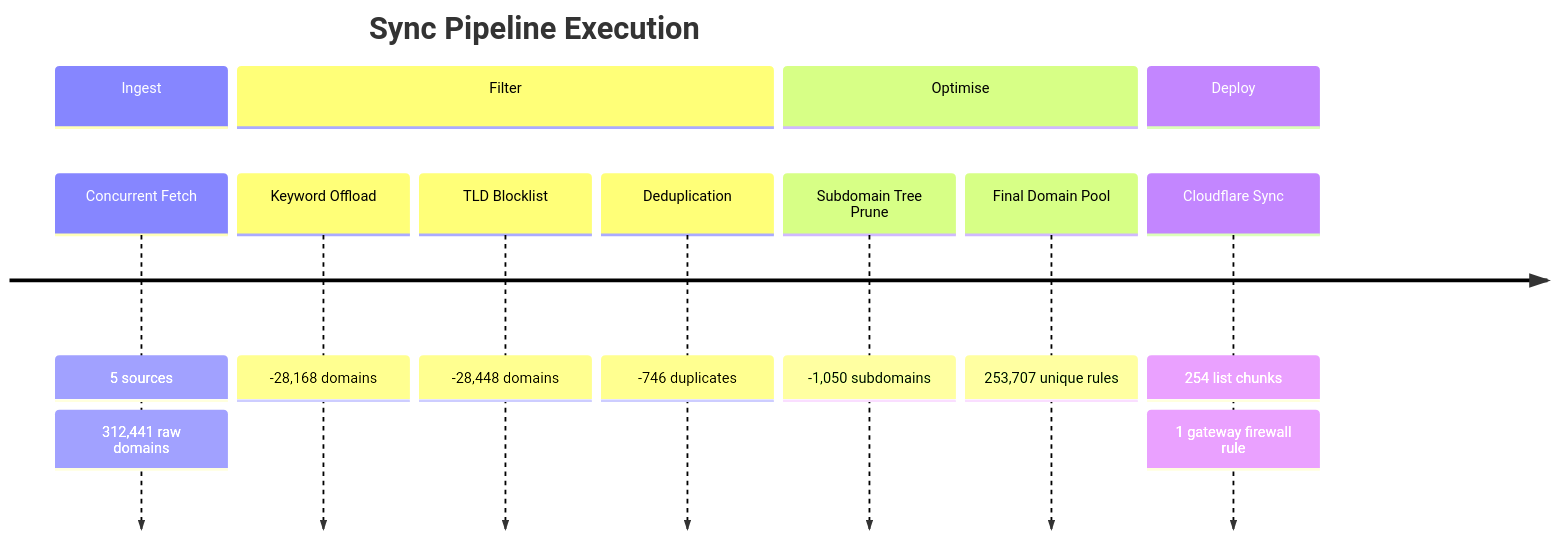
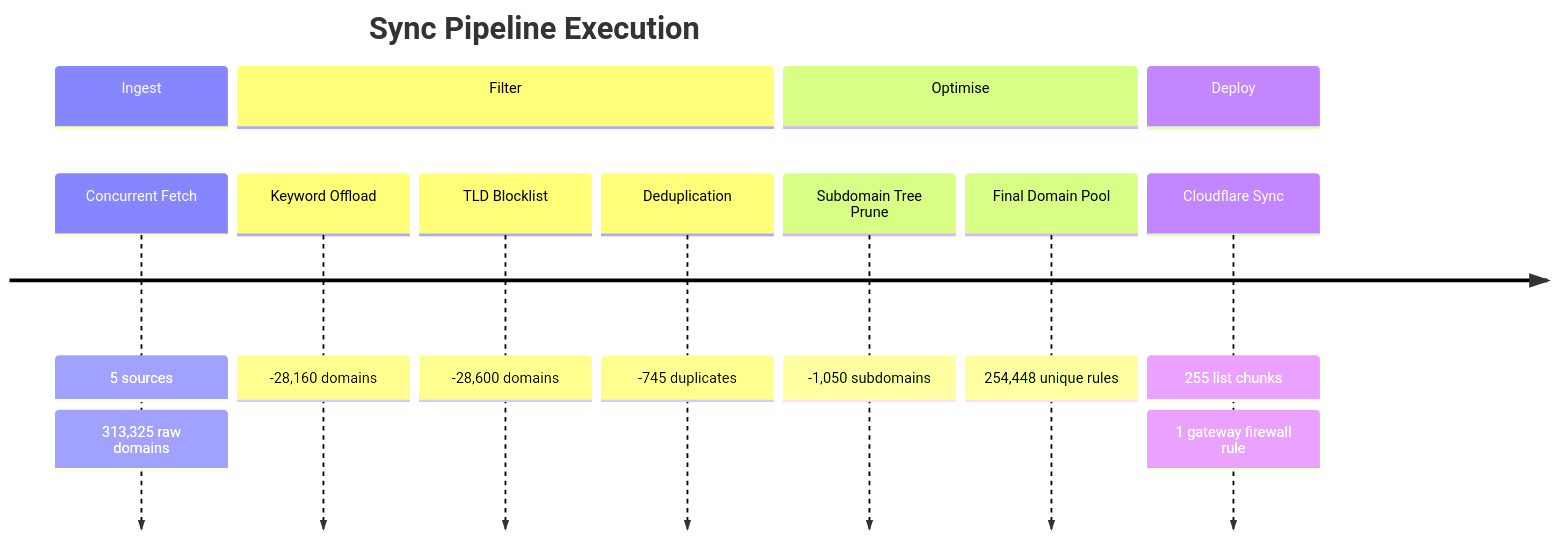
One commit to brojangles24/Cloudflare-ZeroTrust-AdBlock changed the second of 6 diagrams in README_STATS.md. Above: the diagram before and after it, drawn with Mermaid. The commit also changed other lines of this file and 1 other file, not shown here.

````diff
--- a/README_STATS.md
+++ b/README_STATS.md
@@ -54,17 +54,17 @@
 ```mermaid
 timeline
     title Sync Pipeline Execution
     section Ingest
         Concurrent Fetch   : 5 sources
-                           : 312,441 raw domains
+                           : 313,325 raw domains
     section Filter
-        Keyword Offload    : -28,168 domains
-        TLD Blocklist      : -28,448 domains
-        Deduplication      : -746 duplicates
+        Keyword Offload    : -28,160 domains
+        TLD Blocklist      : -28,600 domains
+        Deduplication      : -745 duplicates
     section Optimise
         Subdomain Tree Prune : -1,050 subdomains
-        Final Domain Pool    : 253,707 unique rules
+        Final Domain Pool    : 254,448 unique rules
     section Deploy
-        Cloudflare Sync    : 254 list chunks
+        Cloudflare Sync    : 255 list chunks
                            : 1 gateway firewall rule
 ```
````
